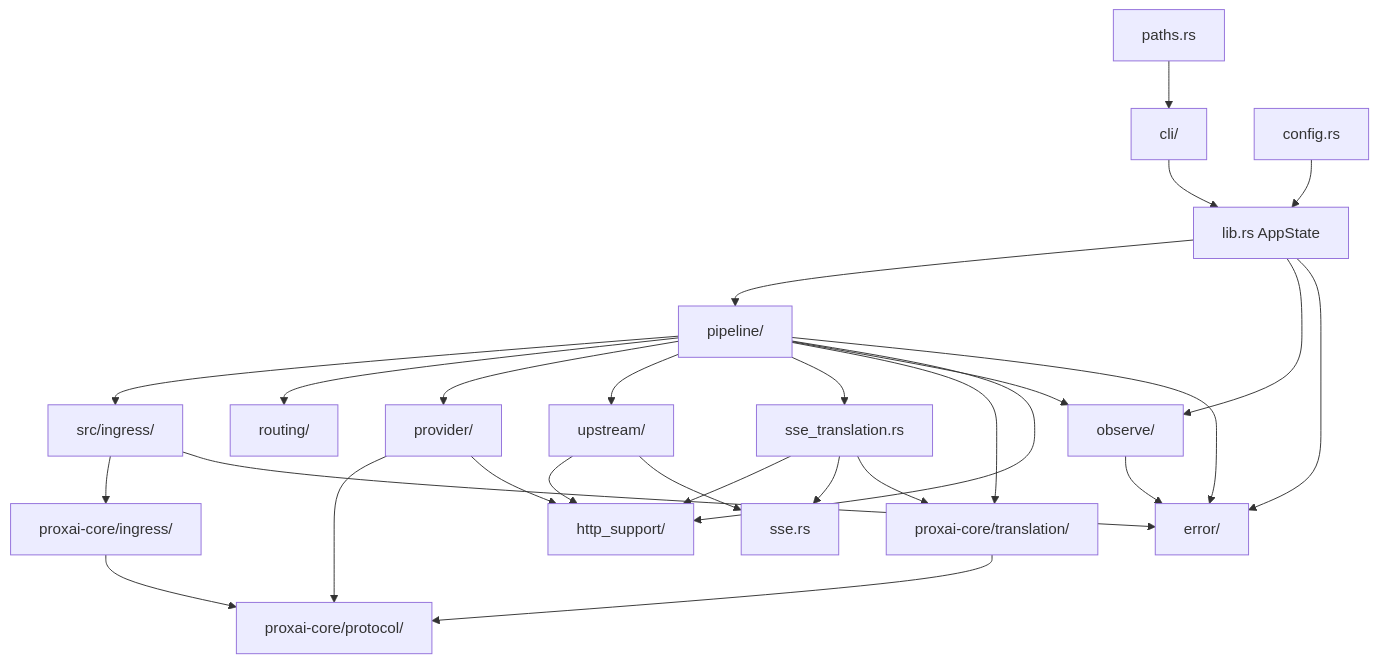
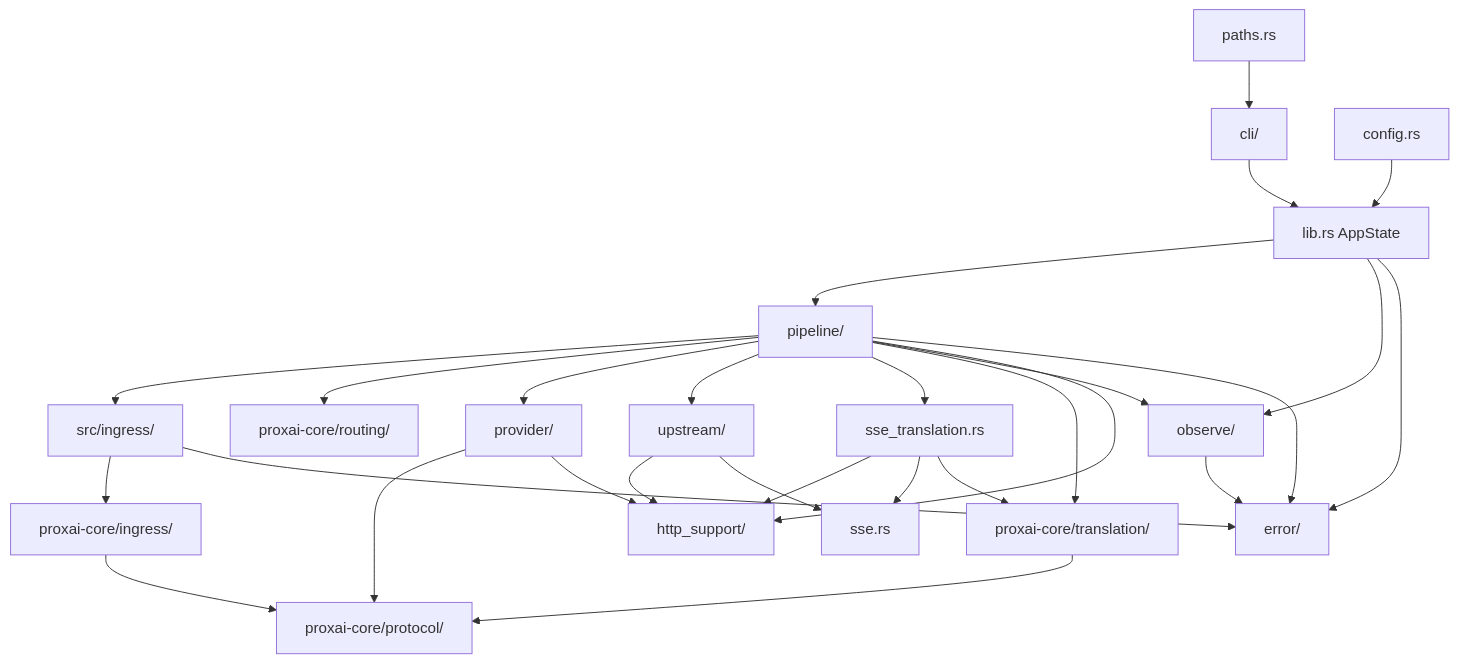
The diagram in site/src/content/docs/developer/architecture/index.mdx (VIDLG/proxai), drawn with Mermaid before and after one commit. The commit also changed other lines of this file and 36 other files, not shown here.

Commit message:
Move routing into proxai-core

````diff
--- a/site/src/content/docs/developer/architecture/index.mdx
+++ b/site/src/content/docs/developer/architecture/index.mdx
@@ -232,32 +232,32 @@
 ```mermaid
 flowchart TD
   cli[cli/] --> lib[lib.rs AppState]
   config[config.rs] --> lib
   paths[paths.rs] --> cli
   lib --> pipeline[pipeline/]
 
   pipeline --> app_ingress[src/ingress/]
-  pipeline --> routing[routing/]
+  pipeline --> routing[proxai-core/routing/]
   pipeline --> provider[provider/]
   pipeline --> upstream[upstream/]
   pipeline --> sse_translation[sse_translation.rs]
   pipeline --> translation[proxai-core/translation/]
   pipeline --> observe[observe/]
   pipeline --> http_support[http_support/]
   pipeline --> error[error/]
 
   app_ingress --> core_ingress[proxai-core/ingress/]
   core_ingress --> protocol[proxai-core/protocol/]
   translation --> protocol
   provider --> protocol
   upstream --> http_support
   provider --> http_support
   sse_translation --> http_support
   sse_translation --> sse[sse.rs]
   sse_translation --> translation
   app_ingress --> error
   upstream --> sse
   observe --> error
   lib --> observe
   lib --> error
 ```
````
